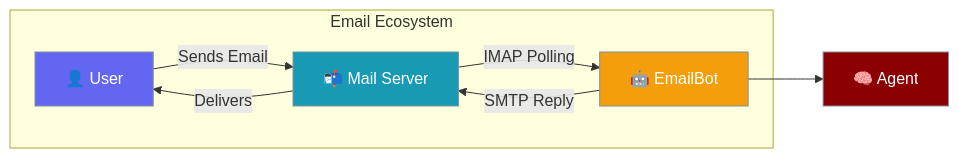
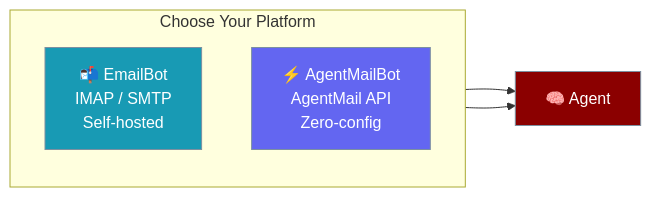
One commit to MervinPraison/PraisonAIDocs changed the diagram in docs/features/email-bot.mdx. Above: the diagram before and after it, drawn with Mermaid. The commit also changed other lines of this file and 3 other files, not shown here.

First line of the commit message:
``` docs(email-bot): update documentation for Email and AgentMail bots

````diff
--- a/docs/features/email-bot.mdx
+++ b/docs/features/email-bot.mdx
@@ -10,21 +10,19 @@
 ```mermaid
 graph LR
-    subgraph "Email Ecosystem"
-        U[👤 User] -->|Sends Email| S[📬 Mail Server]
-        S -->|IMAP Polling| B[🤖 EmailBot]
-        B -->|SMTP Reply| S
-        S -->|Delivers| U
+    subgraph "Choose Your Platform"
+        direction TB
+        IMAP["📬 EmailBot<br/>IMAP / SMTP<br/>Self-hosted"]
+        AM["⚡ AgentMailBot<br/>AgentMail API<br/>Zero-config"]
     end
-    
-    B --> A[🧠 Agent]
-    
-    classDef user fill:#6366F1,stroke:#7C90A0,color:#fff
-    classDef server fill:#189AB4,stroke:#7C90A0,color:#fff
-    classDef bot fill:#F59E0B,stroke:#7C90A0,color:#fff
+
+    IMAP --> A[🧠 Agent]
+    AM --> A
+
+    classDef imap fill:#189AB4,stroke:#7C90A0,color:#fff
+    classDef am fill:#6366F1,stroke:#7C90A0,color:#fff
     classDef agent fill:#8B0000,stroke:#7C90A0,color:#fff
-    
-    class U user
-    class S server
-    class B bot
+
+    class IMAP imap
+    class AM am
     class A agent
 ```
````
